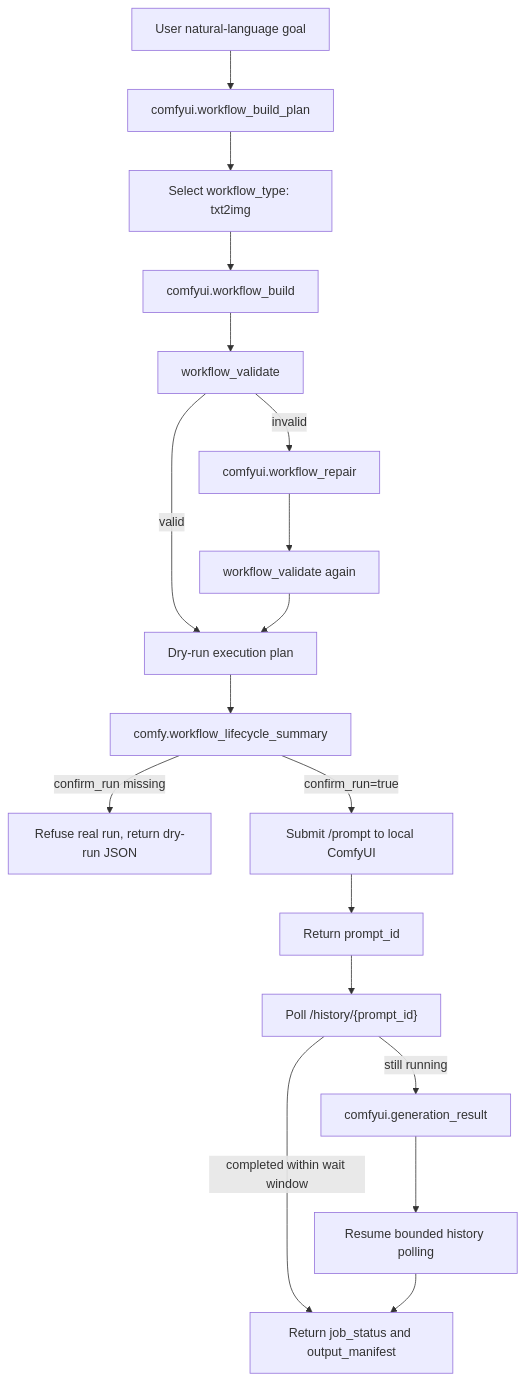
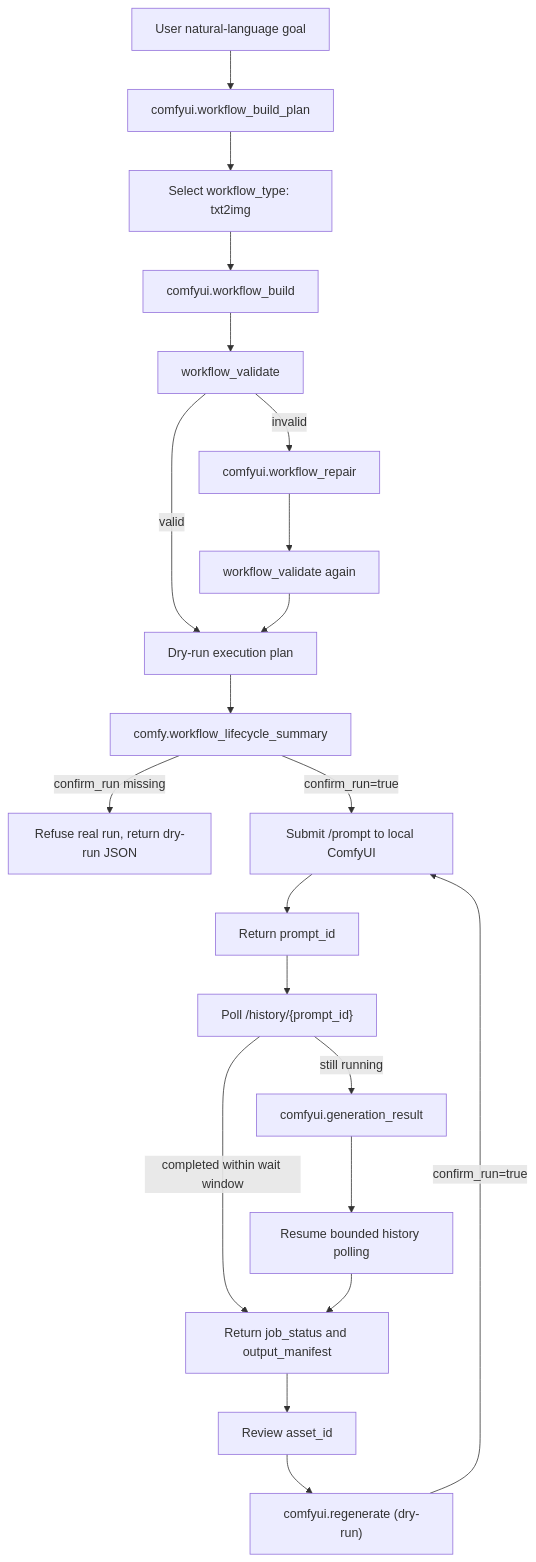
The diagram in docs/comfyui-agent-workflow-protocol.md (jianbaorui07-dot/KORYAO-basic), drawn with Mermaid before and after one commit. The commit also changed other lines of this file and 4 other files, not shown here.

````diff
--- a/docs/comfyui-agent-workflow-protocol.md
+++ b/docs/comfyui-agent-workflow-protocol.md
@@ -5,20 +5,23 @@
 ```mermaid
 flowchart TD
     A["User natural-language goal"] --> B["comfyui.workflow_build_plan"]
     B --> C["Select workflow_type: txt2img"]
     C --> D["comfyui.workflow_build"]
     D --> E["workflow_validate"]
     E -->|valid| H["Dry-run execution plan"]
     E -->|invalid| F["comfyui.workflow_repair"]
     F --> G["workflow_validate again"]
     G --> H
     H --> N["comfy.workflow_lifecycle_summary"]
     N -->|confirm_run missing| I["Refuse real run, return dry-run JSON"]
     N -->|confirm_run=true| J["Submit /prompt to local ComfyUI"]
     J --> K["Return prompt_id"]
     K --> L["Poll /history/{prompt_id}"]
     L -->|completed within wait window| M["Return job_status and output_manifest"]
     L -->|still running| O["comfyui.generation_result"]
     O --> P["Resume bounded history polling"]
     P --> M
+    M --> Q["Review asset_id"]
+    Q --> R["comfyui.regenerate (dry-run)"]
+    R -->|confirm_run=true| J
 ```
````
